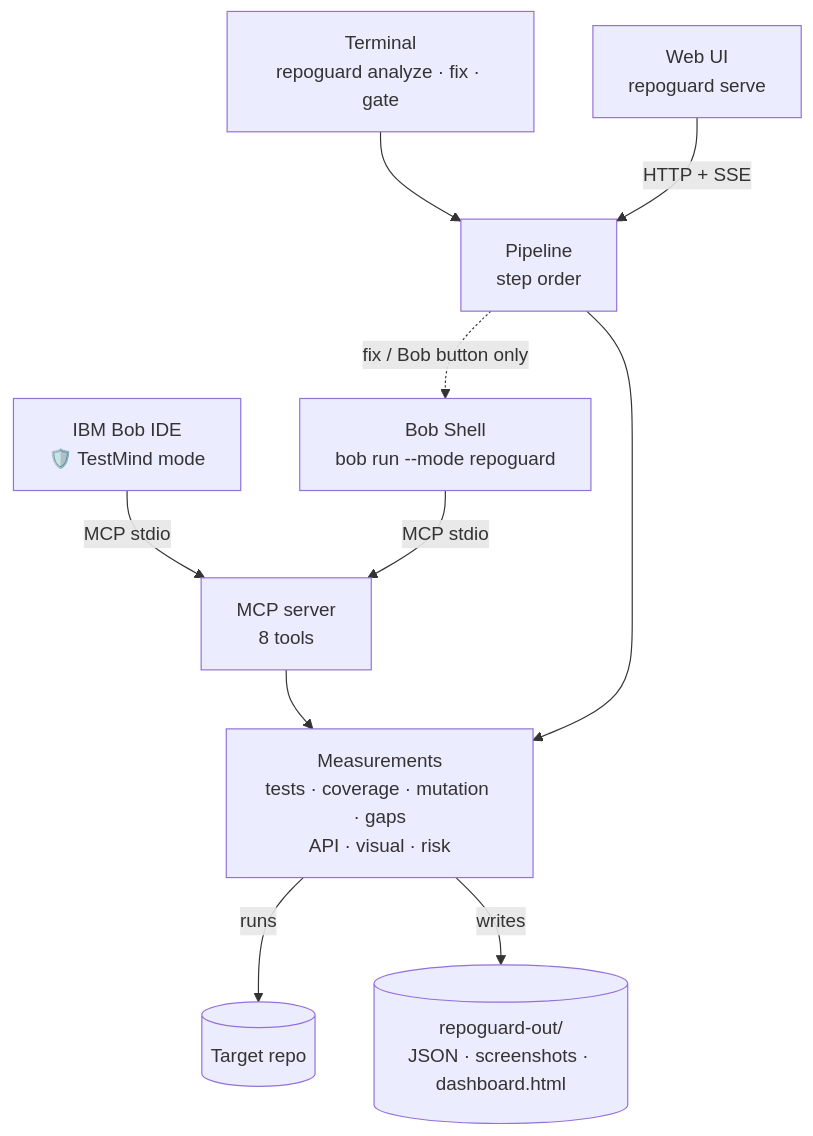
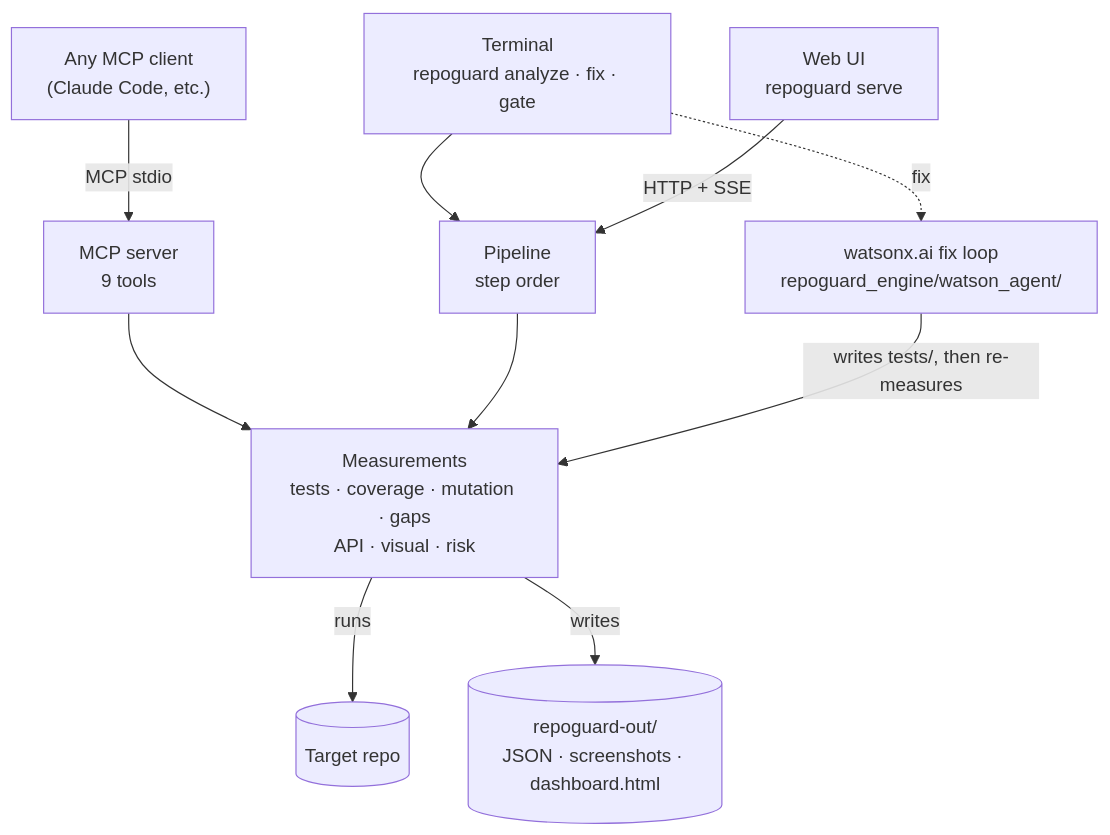
One commit to agustindiazcano/ibm-bob-mcp-agent-guard changed the first of 2 diagrams in README.md. Above: the diagram before and after it, drawn with Mermaid. The commit also changed other lines of this file and 17 other files, not shown here.

````diff
--- a/README.md
+++ b/README.md
@@ -66,24 +65,24 @@
 ```mermaid
 flowchart TB
-    IDE["IBM Bob IDE<br/>🛡️ TestMind mode"]
     CLI["Terminal<br/>repoguard analyze · fix · gate"]
     WEB["Web UI<br/>repoguard serve"]
+    EXT["Any MCP client<br/>(Claude Code, etc.)"]
 
-    MCP["MCP server<br/>8 tools"]
     PIPE["Pipeline<br/>step order"]
-    BOBSH["Bob Shell<br/>bob run --mode repoguard"]
+    MCP["MCP server<br/>9 tools"]
+    WATSON["watsonx.ai fix loop<br/>repoguard_engine/watson_agent/"]
 
     MED["Measurements<br/>tests · coverage · mutation · gaps<br/>API · visual · risk"]
     REPO[("Target repo")]
     OUT[("repoguard-out/<br/>JSON · screenshots · dashboard.html")]
 
-    IDE -- "MCP stdio" --> MCP
     CLI --> PIPE
+    CLI -. "fix" .-> WATSON
     WEB -- "HTTP + SSE" --> PIPE
-    PIPE -. "fix / Bob button only" .-> BOBSH
-    BOBSH -- "MCP stdio" --> MCP
+    EXT -- "MCP stdio" --> MCP
     MCP --> MED
     PIPE --> MED
+    WATSON -- "writes tests/, then re-measures" --> MED
     MED -- "runs" --> REPO
     MED -- "writes" --> OUT
 ```
````
